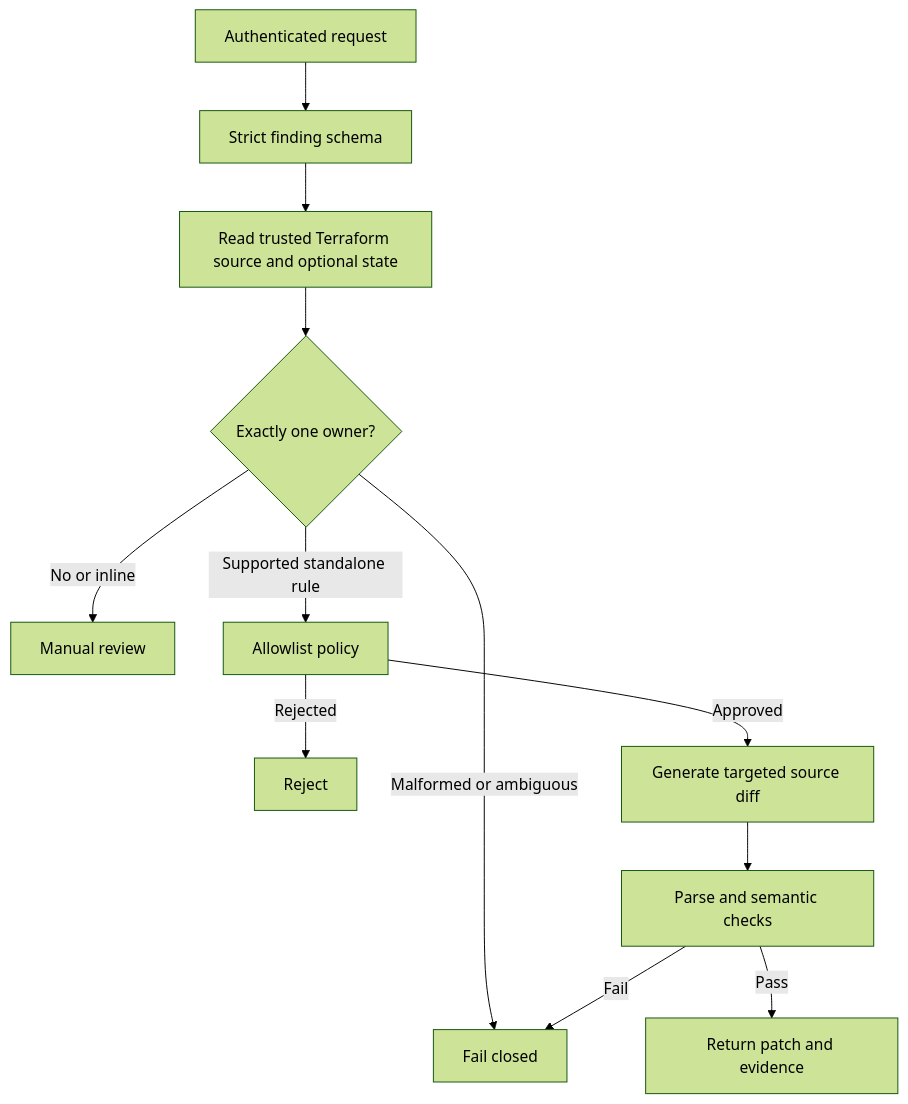
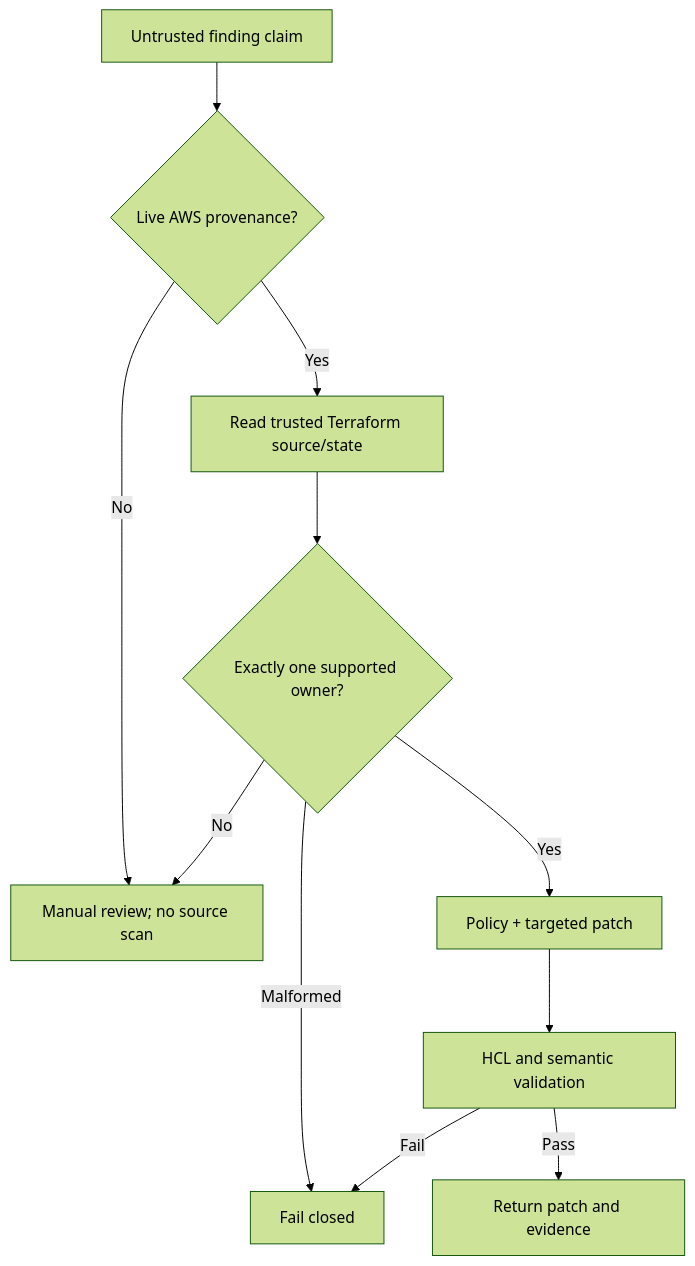
Before and after one commit to EdwinJdevops/infraguard-agent: the first of 2 diagrams in docs/architecture.md, drawn with Mermaid (forest theme). The commit also changed other lines of this file and 23 other files, not shown here.

Commit message:
feat: verify AWS finding provenance

````diff
--- a/docs/architecture.md
+++ b/docs/architecture.md
@@ -12,14 +12,13 @@
 ```mermaid
 flowchart TD
-    A[Authenticated request] --> B[Strict finding schema]
-    B --> C[Read trusted Terraform source and optional state]
-    C --> D{Exactly one owner?}
-    D -->|No or inline| E[Manual review]
-    D -->|Malformed or ambiguous| F[Fail closed]
-    D -->|Supported standalone rule| G[Allowlist policy]
-    G -->|Rejected| H[Reject]
-    G -->|Approved| I[Generate targeted source diff]
-    I --> J[Parse and semantic checks]
-    J -->|Pass| K[Return patch and evidence]
-    J -->|Fail| F
+    A["Untrusted finding claim"] --> B{"Live AWS provenance?"}
+    B -->|No| C["Manual review; no source scan"]
+    B -->|Yes| D["Read trusted Terraform source/state"]
+    D --> E{"Exactly one supported owner?"}
+    E -->|No| C
+    E -->|Malformed| F["Fail closed"]
+    E -->|Yes| G["Policy + targeted patch"]
+    G --> H["HCL and semantic validation"]
+    H -->|Pass| I["Return patch and evidence"]
+    H -->|Fail| F
 ```
````
